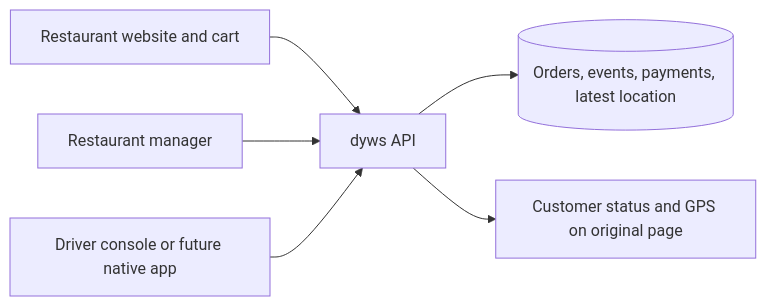
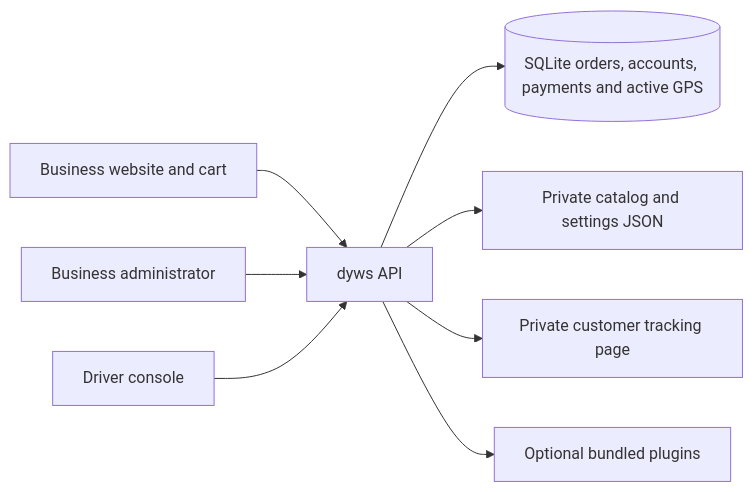
The first of 2 diagrams in docs/architecture.md (Starlit-Digital/dyws), drawn with Mermaid before and after one commit. The commit also changed other lines of this file and 8 other files, not shown here.

````diff
--- a/docs/architecture.md
+++ b/docs/architecture.md
@@ -15,8 +20,10 @@
 ```mermaid
 flowchart LR
- C[Restaurant website and cart] --> API[dyws API]
- M[Restaurant manager] --> API
- D[Driver console or future native app] --> API
- API --> DB[(Orders, events, payments, latest location)]
- API --> T[Customer status and GPS on original page]
+ C[Business website and cart] --> API[dyws API]
+ M[Business administrator] --> API
+ D[Driver console] --> API
+ API --> DB[(SQLite orders, accounts, payments and active GPS)]
+ API --> JSON[Private catalog and settings JSON]
+ API --> T[Private customer tracking page]
+ API --> P[Optional bundled plugins]
 ```
````
